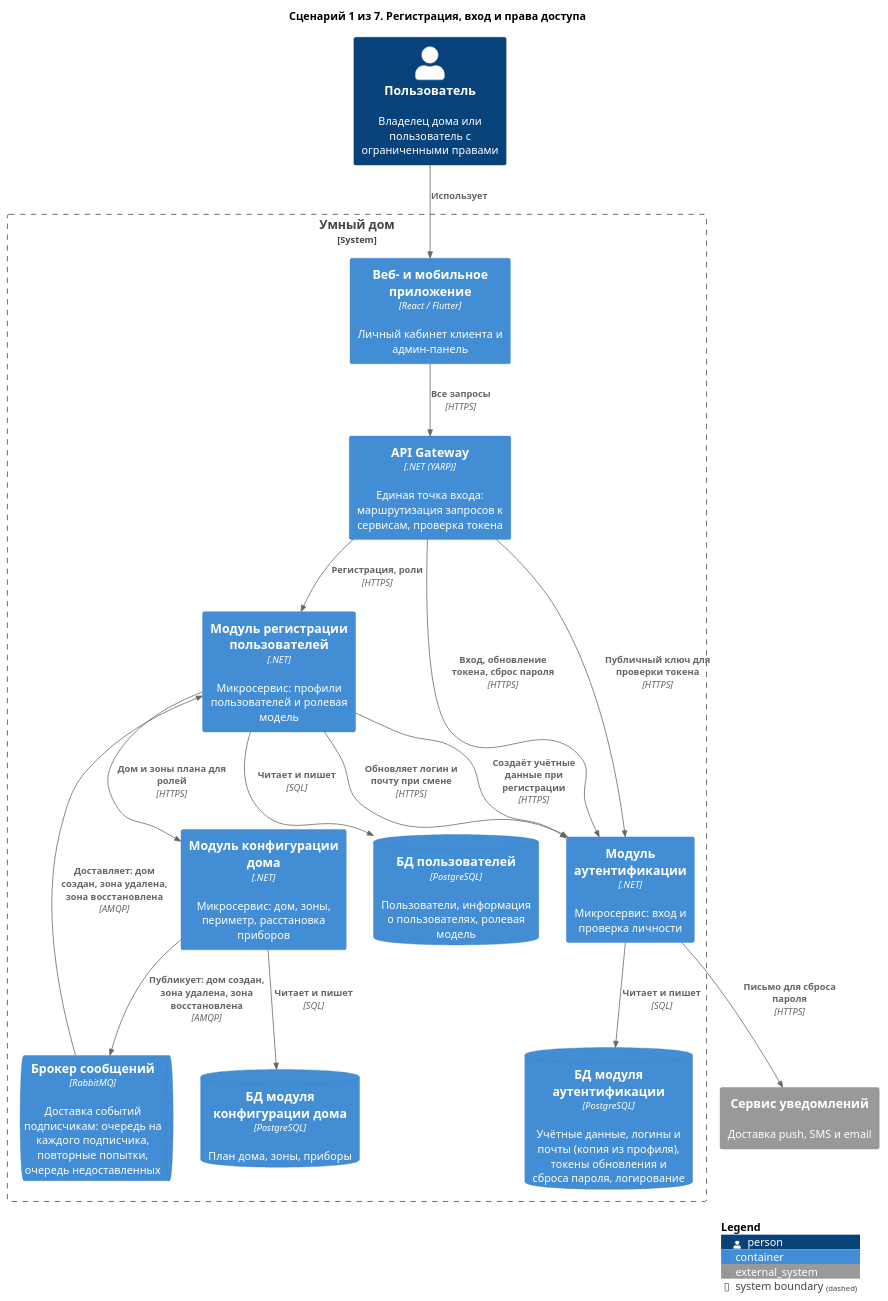
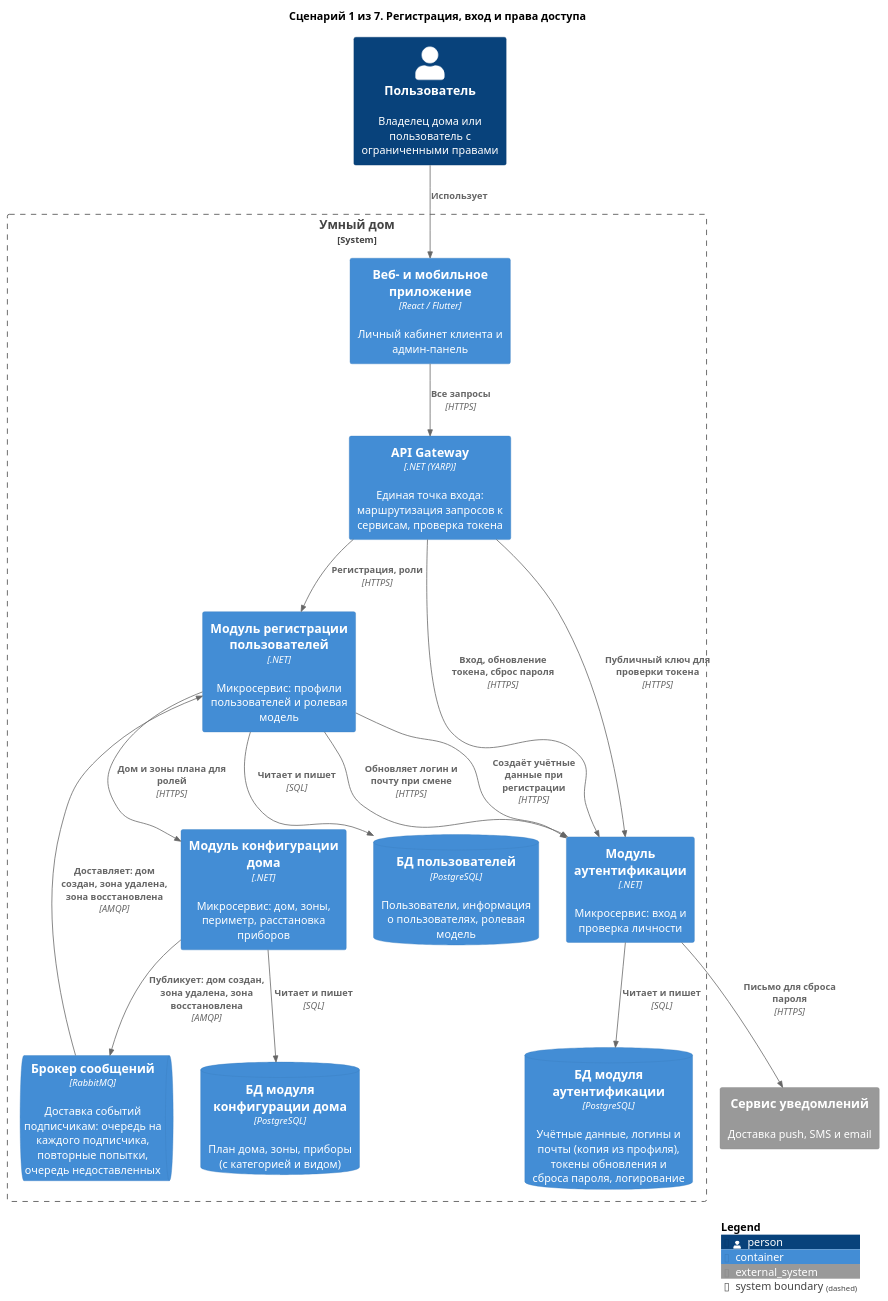
One commit to Lyamin-av/architecture-warmhouse changed the diagram in diagrams/containers-scenarios/01-registration-and-access.puml. Above: the diagram before and after it, drawn with PlantUML. The commit also changed 35 other files, not shown here.

First line of the commit message:
Диаграммы Задания 2 по решениям Задания 4: результат команды, итоговые события сервисов, correlationId, журнал команд, категория и вид прибора, SetModeAsync с температурой

```diff
--- a/diagrams/containers-scenarios/01-registration-and-access.puml
+++ b/diagrams/containers-scenarios/01-registration-and-access.puml
@@ -1,40 +1,40 @@
 @startuml 01-registration-and-access
 !include <C4/C4_Container>
 
 title Сценарий 1 из 7. Регистрация, вход и права доступа
 
 Person(user, "Пользователь", "Владелец дома или пользователь с ограниченными правами")
 
 System_Boundary(Warmhouse, "Умный дом") {
     Container(apps, "Веб- и мобильное приложение", "React / Flutter", "Личный кабинет клиента и админ-панель")
     Container(Gateway, "API Gateway", ".NET (YARP)", "Единая точка входа: маршрутизация запросов к сервисам, проверка токена")
     Container(Authentication, "Модуль аутентификации", ".NET", "Микросервис: вход и проверка личности")
     Container(Users, "Модуль регистрации пользователей", ".NET", "Микросервис: профили пользователей и ролевая модель")
     Container(HouseConfigurator, "Модуль конфигурации дома", ".NET", "Микросервис: дом, зоны, периметр, расстановка приборов")
     ContainerQueue(Broker, "Брокер сообщений", "RabbitMQ", "Доставка событий подписчикам: очередь на каждого подписчика, повторные попытки, очередь недоставленных")
     ContainerDb(dbUsers, "БД пользователей", "PostgreSQL", "Пользователи, информация о пользователях, ролевая модель")
     ContainerDb(dbAuth, "БД модуля аутентификации", "PostgreSQL", "Учётные данные, логины и почты (копия из профиля), токены обновления и сброса пароля, логирование")
-    ContainerDb(dbHC, "БД модуля конфигурации дома", "PostgreSQL", "План дома, зоны, приборы")
+    ContainerDb(dbHC, "БД модуля конфигурации дома", "PostgreSQL", "План дома, зоны, приборы (с категорией и видом)")
 }
 
 System_Ext(notify, "Сервис уведомлений", "Доставка push, SMS и email")
 
 
 Rel(user, apps, "Использует")
 Rel(apps, Gateway, "Все запросы", "HTTPS")
 Rel(Gateway, Authentication, "Вход, обновление токена, сброс пароля", "HTTPS")
 Rel(Gateway, Authentication, "Публичный ключ для проверки токена", "HTTPS")
 Rel(Gateway, Users, "Регистрация, роли", "HTTPS")
 Rel(Users, Authentication, "Создаёт учётные данные при регистрации", "HTTPS")
 Rel(Users, Authentication, "Обновляет логин и почту при смене", "HTTPS")
 
 Rel(Users, dbUsers, "Читает и пишет", "SQL")
 Rel(Authentication, notify, "Письмо для сброса пароля", "HTTPS")
 Rel(Authentication, dbAuth, "Читает и пишет", "SQL")
 Rel(Users, HouseConfigurator, "Дом и зоны плана для ролей", "HTTPS")
 Rel(HouseConfigurator, dbHC, "Читает и пишет", "SQL")
 Rel(HouseConfigurator, Broker, "Публикует: дом создан, зона удалена, зона восстановлена", "AMQP")
 Rel(Broker, Users, "Доставляет: дом создан, зона удалена, зона восстановлена", "AMQP")
 
 SHOW_LEGEND()
 @enduml
```
